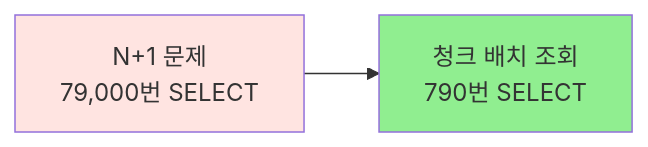
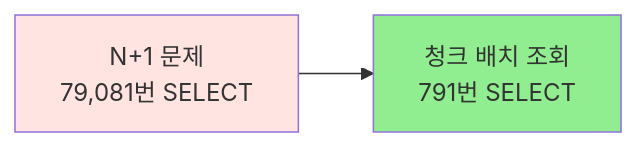
One commit to medical-info-hub/hospitalInfoProject-backend changed the ninth of 11 diagrams in docs/LARGE_SCALE_API_CALL_INFRASTRUCTURE.md. Above: the diagram before and after it, drawn with Mermaid. The commit also changed other lines of this file, not shown here.

````diff
--- a/docs/LARGE_SCALE_API_CALL_INFRASTRUCTURE.md
+++ b/docs/LARGE_SCALE_API_CALL_INFRASTRUCTURE.md
@@ -908,7 +944,7 @@
 ```mermaid
 graph LR
-    A[N+1 문제<br/>79,000번 SELECT] --> B[청크 배치 조회<br/>790번 SELECT]
+    A[N+1 문제<br/>79,081번 SELECT] --> B[청크 배치 조회<br/>791번 SELECT]
 
     style A fill:#FFE4E1
     style B fill:#90EE90
 ```
````
